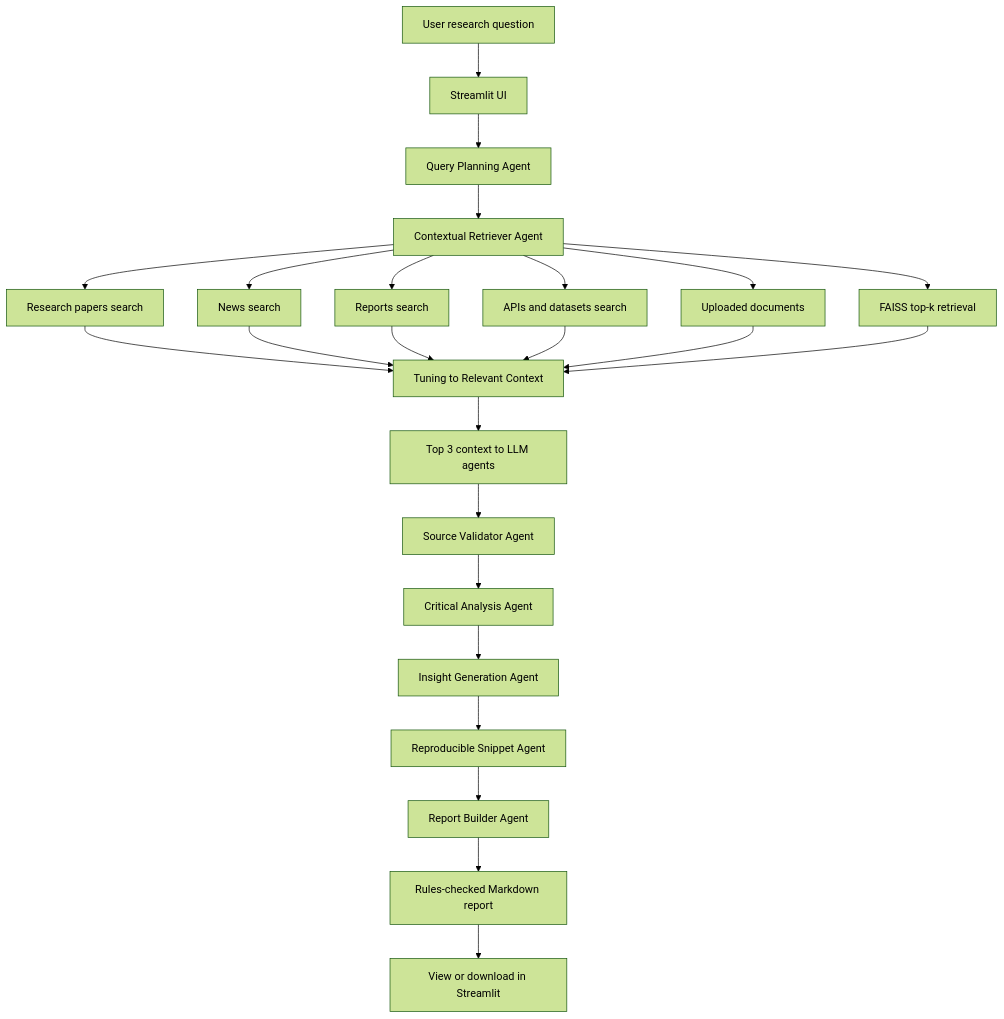
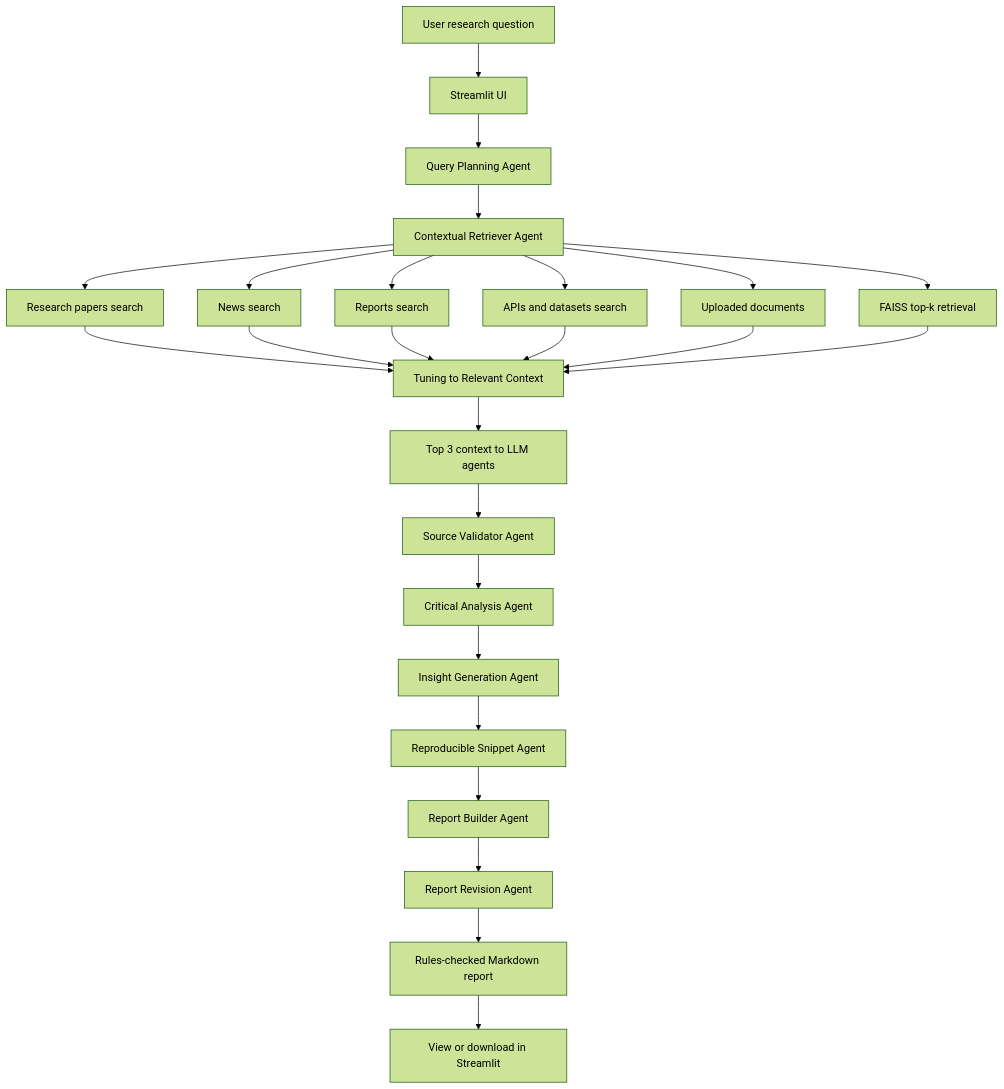
One commit to chakraa1/DeepAIResearch changed the diagram in README.md. Above: the diagram before and after it, drawn with Mermaid (forest theme). The commit also changed other lines of this file and 8 other files, not shown here.

Commit message:
Implement inline report revision agent

````diff
--- a/README.md
+++ b/README.md
@@ -40,26 +42,27 @@
 ```mermaid
 flowchart TD
     A[User research question] --> B[Streamlit UI]
     B --> C[Query Planning Agent]
     C --> D[Contextual Retriever Agent]
     D --> E1[Research papers search]
     D --> E2[News search]
     D --> E3[Reports search]
     D --> E4[APIs and datasets search]
     D --> F[Uploaded documents]
     D --> G[FAISS top-k retrieval]
     E1 --> H[Tuning to Relevant Context]
     E2 --> H
     E3 --> H
     E4 --> H
     F --> H
     G --> H
     H --> I[Top 3 context to LLM agents]
     I --> J[Source Validator Agent]
     J --> K[Critical Analysis Agent]
     K --> L[Insight Generation Agent]
     L --> M[Reproducible Snippet Agent]
     M --> N[Report Builder Agent]
-    N --> O[Rules-checked Markdown report]
-    O --> P[View or download in Streamlit]
+    N --> O[Report Revision Agent]
+    O --> P[Rules-checked Markdown report]
+    P --> Q[View or download in Streamlit]
 ```
````
